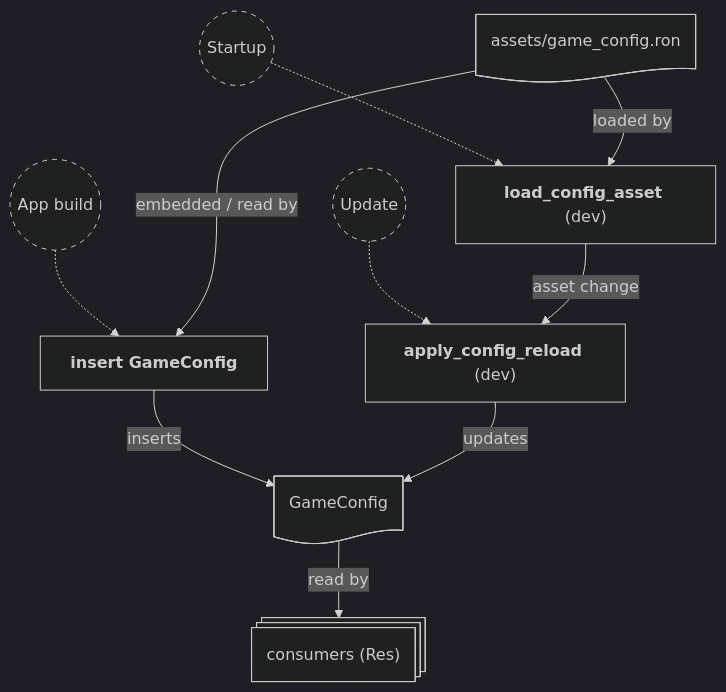
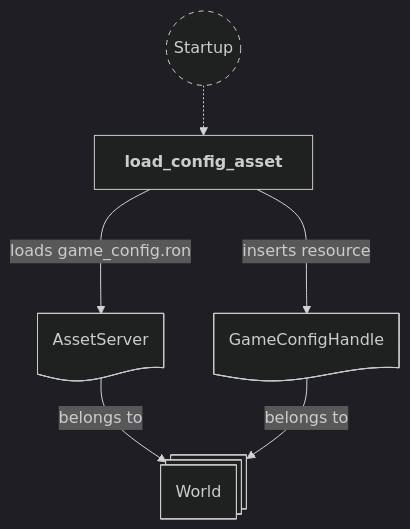
One commit to neurosoup/tyled changed the third of 4 diagrams in backlog/docs/doc-19 - 017-Config-plugin.md. Above: the diagram before and after it, drawn with Mermaid. The commit also changed other lines of this file and 1 other file, not shown here.

Commit message:
Docs: update doc-18 round outcome and doc-19 config plugin; simplify text

````diff
--- a/backlog/docs/doc-19 - 017-Config-plugin.md
+++ b/backlog/docs/doc-19 - 017-Config-plugin.md
@@ -92,32 +96,24 @@
 ```mermaid
 ---
 config:
   theme: dark
 ---
 
 flowchart TD
 classDef system-group stroke-dasharray: 5 5
 
-build(("`App build`")):::system-group
 startup(("`Startup`")):::system-group
-update(("`Update`")):::system-group
+load_config_asset["`**load_config_asset**`"]
 
-insert["`**insert GameConfig**`"]
-load["`**load_config_asset** (dev)`"]
-reload["`**apply_config_reload** (dev)`"]
+startup -.-> load_config_asset
 
-build -.-> insert
-startup -.-> load
-update -.-> reload
+world@{ shape: st-rect, label: "World" }
+asset_server@{ shape: doc, label: "AssetServer" }
+handle_res@{ shape: doc, label: "GameConfigHandle" }
 
-ron@{ shape: doc, label: "assets/game_config.ron" }
-config_res@{ shape: doc, label: "GameConfig" }
-consumers@{ shape: st-rect, label: "consumers (Res<GameConfig>)" }
+asset_server --> |belongs to| world
+handle_res --> |belongs to| world
 
-ron --> |embedded / read by| insert
-insert --> |inserts| config_res
-ron --> |loaded by| load
-load --> |asset change| reload
-reload --> |updates| config_res
-config_res --> |read by| consumers
+load_config_asset ---> |"loads game_config.ron"| asset_server
+load_config_asset ---> |inserts resource| handle_res
 ```
````
